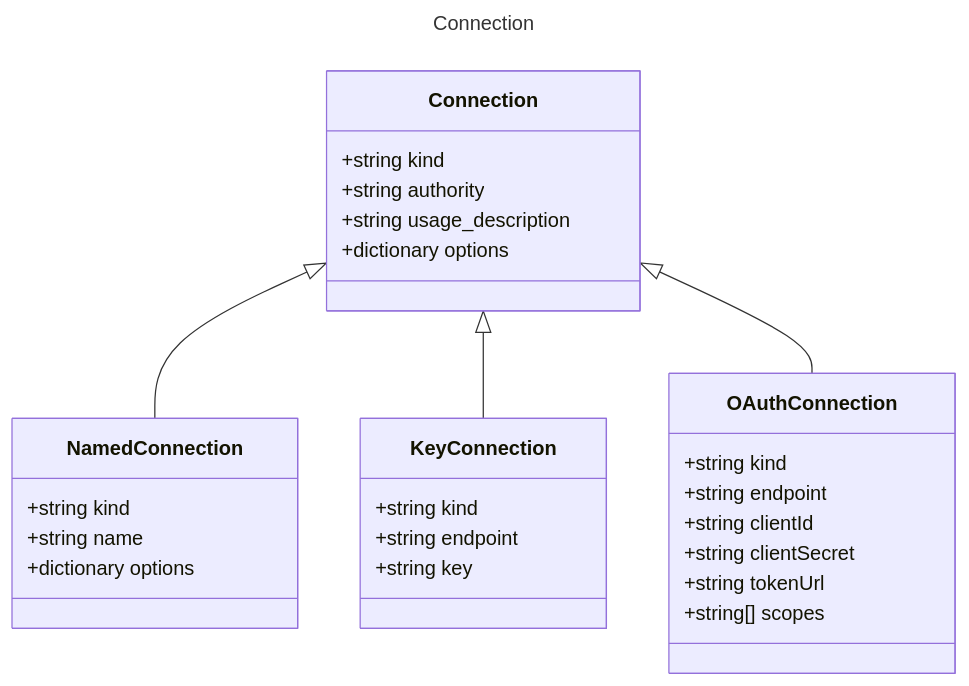
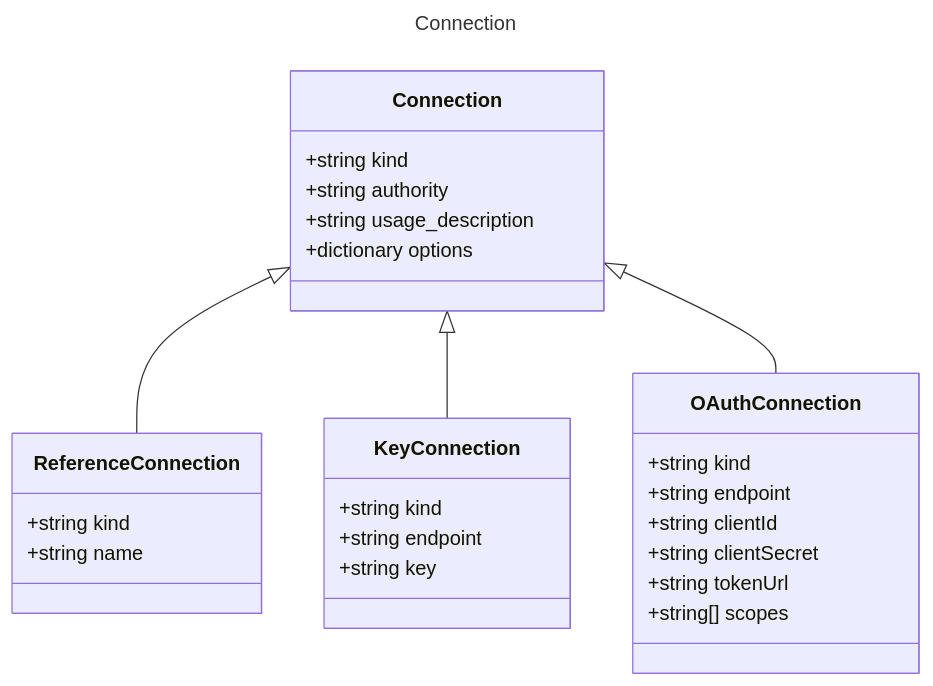
Before and after one commit to microsoft/prompty: the diagram in specification/prompty/docs/Connection.md, drawn with Mermaid. The commit also changed other lines of this file and 33 other files, not shown here.

````diff
--- a/specification/prompty/docs/Connection.md
+++ b/specification/prompty/docs/Connection.md
@@ -9,33 +9,32 @@
 ```mermaid
 ---
 title: Connection
 ---
 classDiagram
     class Connection {
         +string kind
         +string authority
         +string usage_description
         +dictionary options
     }
-    class NamedConnection {
+    class ReferenceConnection {
         +string kind
         +string name
-        +dictionary options
     }
-    Connection <|-- NamedConnection
+    Connection <|-- ReferenceConnection
     class KeyConnection {
         +string kind
         +string endpoint
         +string key
     }
     Connection <|-- KeyConnection
     class OAuthConnection {
         +string kind
         +string endpoint
         +string clientId
         +string clientSecret
         +string tokenUrl
         +string[] scopes
     }
     Connection <|-- OAuthConnection
 ```
````
